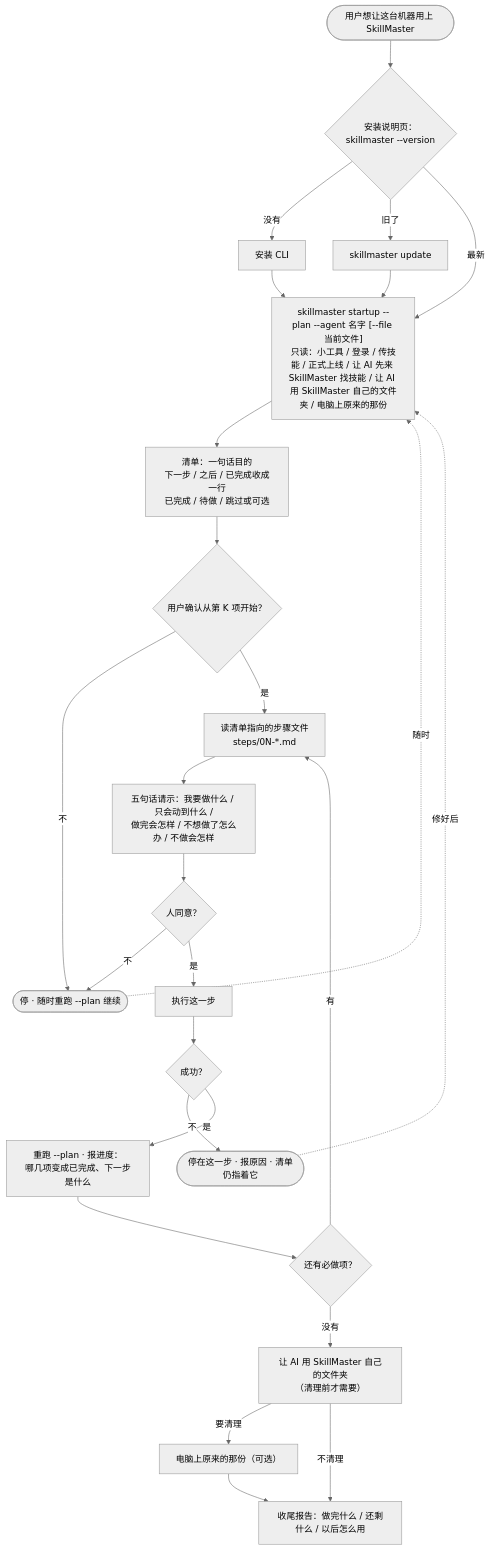
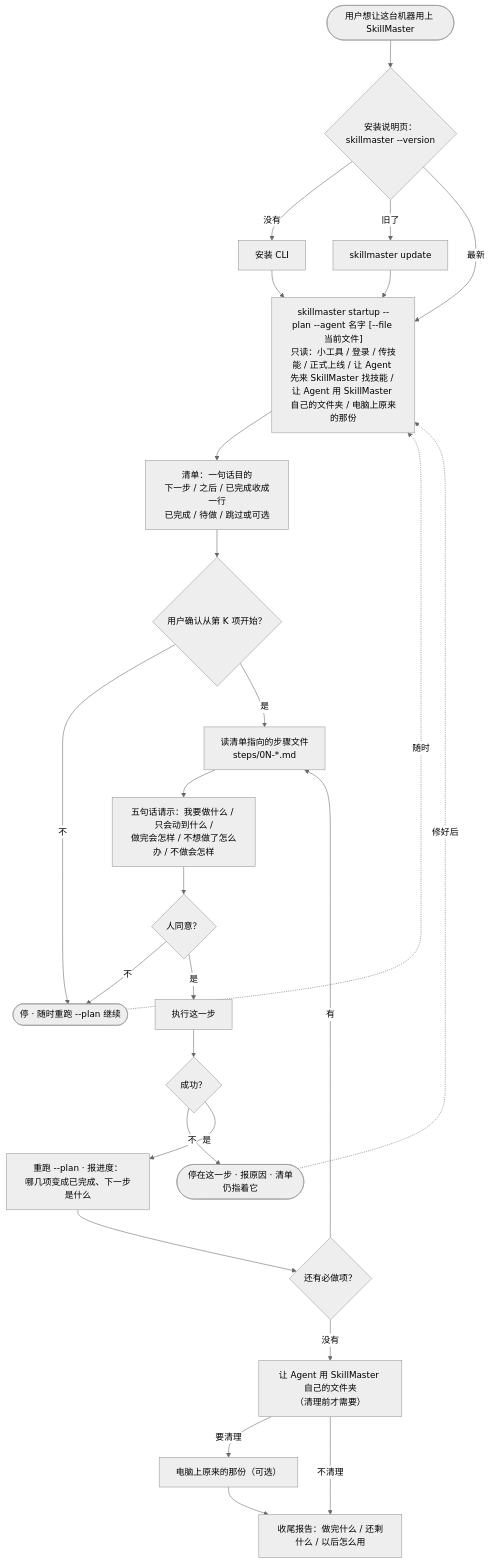
One commit to lijinzhao86/skillmaster changed the diagram in docs/versions/v26-startup-guidance-and-agent-paths/prd.md. Above: the diagram before and after it, drawn with Mermaid (neutral theme). The commit also changed other lines of this file and 10 other files, not shown here.

````diff
--- a/docs/versions/v26-startup-guidance-and-agent-paths/prd.md
+++ b/docs/versions/v26-startup-guidance-and-agent-paths/prd.md
@@ -52,46 +52,46 @@
 ```mermaid
 flowchart TD
     start(["用户想让这台机器用上 SkillMaster"])
     preflight{"安装说明页：<br/>skillmaster --version"}
     install["安装 CLI"]
     update["skillmaster update"]
-    plan["skillmaster startup --plan --agent 名字 [--file 当前文件]<br/>只读：小工具 / 登录 / 传技能 / 正式上线 / 让 AI 先来 SkillMaster 找技能 / 让 AI 用 SkillMaster 自己的文件夹 / 电脑上原来的那份"]
+    plan["skillmaster startup --plan --agent 名字 [--file 当前文件]<br/>只读：小工具 / 登录 / 传技能 / 正式上线 / 让 Agent 先来 SkillMaster 找技能 / 让 Agent 用 SkillMaster 自己的文件夹 / 电脑上原来的那份"]
     checklist["清单：一句话目的<br/>下一步 / 之后 / 已完成收成一行<br/>已完成 / 待做 / 跳过或可选"]
     confirm{"用户确认从第 K 项开始？"}
     stop(["停 · 随时重跑 --plan 继续"])
     step["读清单指向的步骤文件<br/>steps/0N-*.md"]
     ask["五句话请示：我要做什么 / 只会动到什么 /<br/>做完会怎样 / 不想做了怎么办 / 不做会怎样"]
     yes{"人同意？"}
     do["执行这一步"]
     ok{"成功？"}
     fail(["停在这一步 · 报原因 · 清单仍指着它"])
     replan["重跑 --plan · 报进度：<br/>哪几项变成已完成、下一步是什么"]
     more{"还有必做项？"}
     done["收尾报告：做完什么 / 还剩什么 / 以后怎么用"]
-    permission["让 AI 用 SkillMaster 自己的文件夹<br/>（清理前才需要）"]
+    permission["让 Agent 用 SkillMaster 自己的文件夹<br/>（清理前才需要）"]
     retire["电脑上原来的那份（可选）"]
 
     start --> preflight
     preflight -->|没有| install
     install --> plan
     preflight -->|旧了| update
     update --> plan
     preflight -->|最新| plan
     plan --> checklist --> confirm
     confirm -->|不| stop
     confirm -->|是| step
     step --> ask --> yes
     yes -->|不| stop
     yes -->|是| do
     do --> ok
     ok -->|不| fail
     ok -->|是| replan
     replan --> more
     more -->|有| step
     more -->|没有| permission
     permission -->|要清理| retire
     permission -->|不清理| done
     retire --> done
     stop -. 随时 .-> plan
     fail -. 修好后 .-> plan
 ```
````
